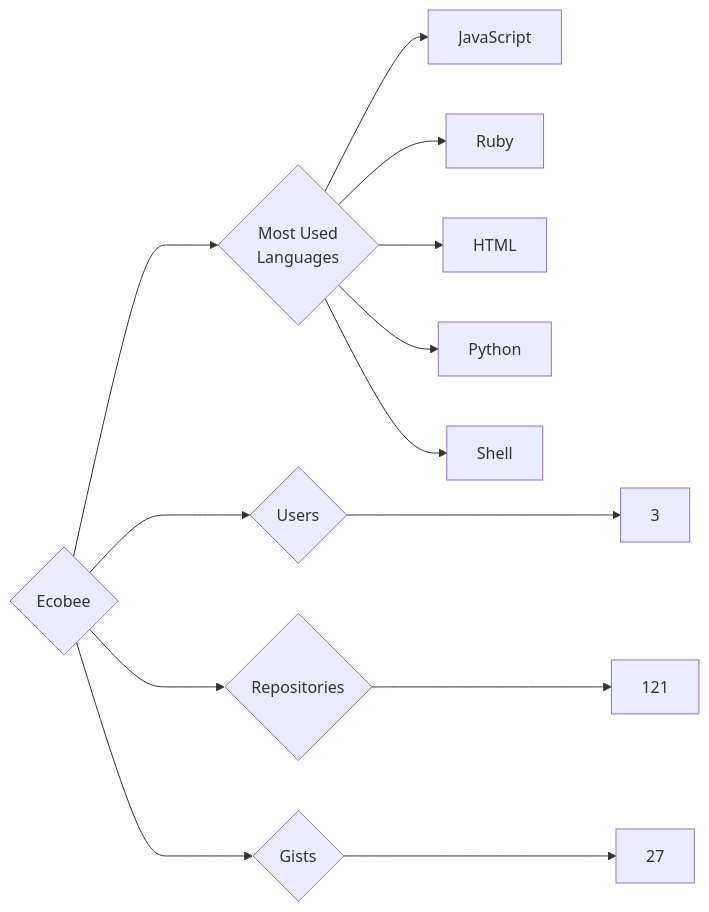
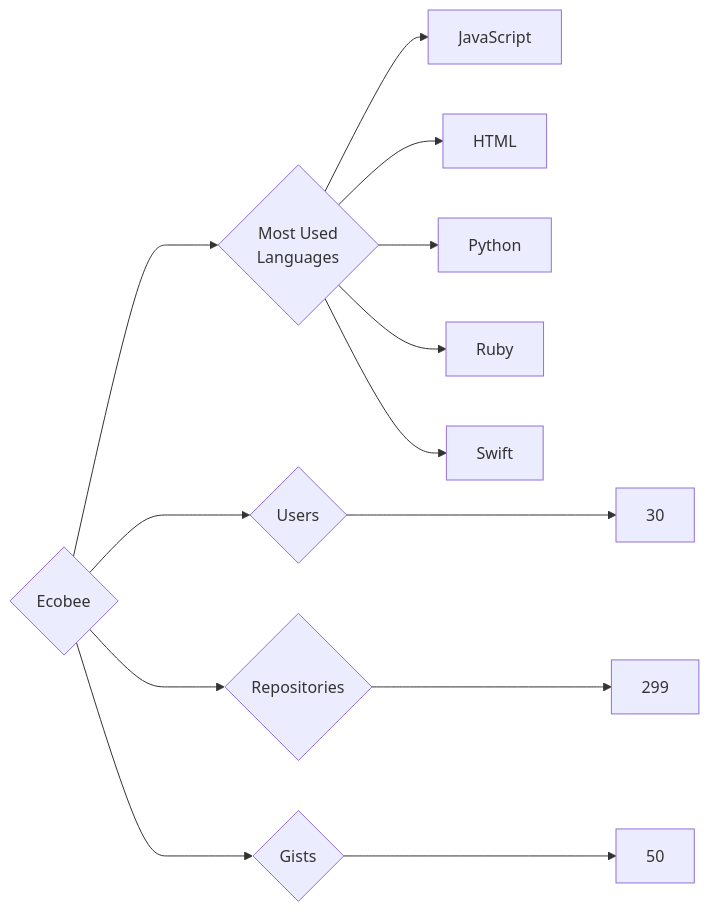
Before and after one commit to trickest/insiders: the diagram in targets/Ecobee/README.md, drawn with Mermaid. The commit also changed 736 other files, not shown here.

````diff
--- a/targets/Ecobee/README.md
+++ b/targets/Ecobee/README.md
@@ -3,13 +3,13 @@
 ```mermaid
 graph LR
 COMPANY_NAME{Ecobee}
-COMPANY_NAME ---> U{Users} ---> UN[3]
-COMPANY_NAME ---> R{Repositories} ---> RN[121]
-COMPANY_NAME ---> G{Gists} ---> GN[27]
+COMPANY_NAME ---> U{Users} ---> UN[30]
+COMPANY_NAME ---> R{Repositories} ---> RN[299]
+COMPANY_NAME ---> G{Gists} ---> GN[50]
 COMPANY_NAME ---> ML{Most Used<br>Languages}
 ML --> JavaScript[JavaScript]
-ML --> Ruby[Ruby]
 ML --> HTML[HTML]
 ML --> Python[Python]
-ML --> Shell[Shell]
+ML --> Ruby[Ruby]
+ML --> Swift[Swift]
 ```
````
